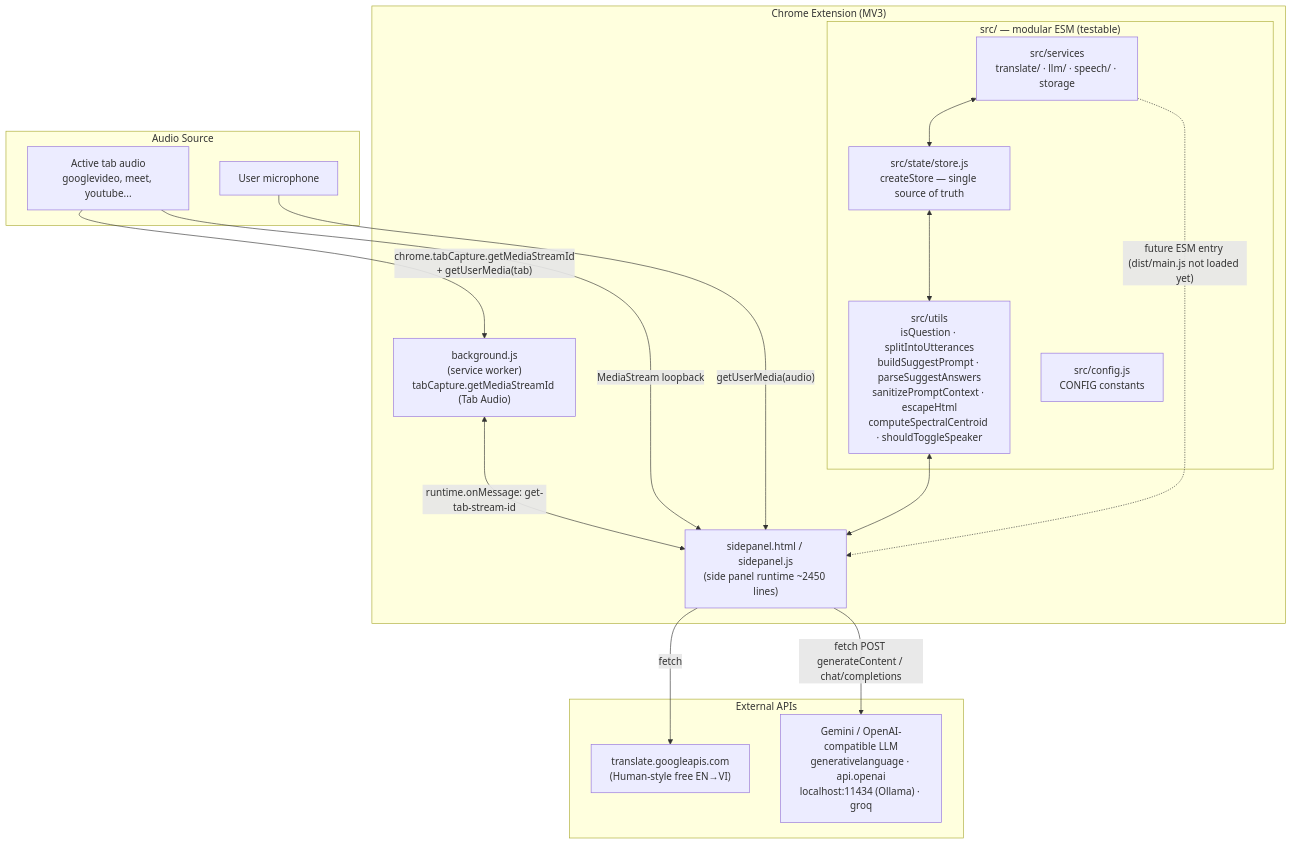
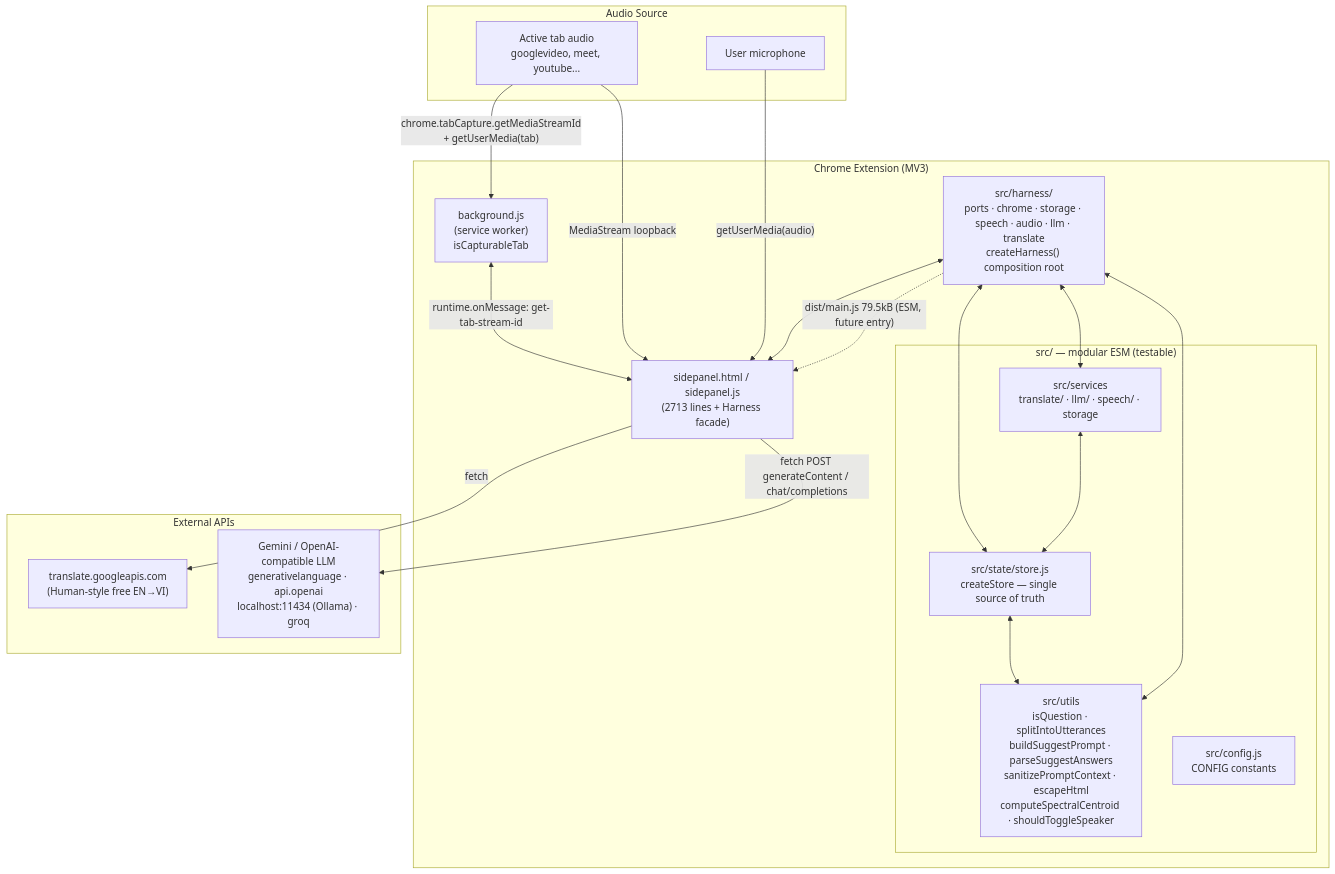
One commit to nbhson/app-live-translate-extension changed the first of 9 diagrams in README.md. Above: the diagram before and after it, drawn with Mermaid. The commit also changed other lines of this file and 28 other files, not shown here.

````diff
--- a/README.md
+++ b/README.md
@@ -13,34 +13,37 @@
 ```mermaid
 flowchart TB
     subgraph Extension["Chrome Extension (MV3)"]
-        BG["background.js<br/>(service worker)<br/>tabCapture.getMediaStreamId (Tab Audio)"]
-        SP["sidepanel.html / sidepanel.js<br/>(side panel runtime ~2450 lines)"]
-
+        BG["background.js<br/>(service worker)<br/>isCapturableTab"]
+        SP["sidepanel.html / sidepanel.js<br/>(2713 lines + Harness facade)"]
+        HARNESS["src/harness/<br/>ports · chrome · storage · speech · audio · llm · translate<br/>createHarness() composition root"]
         subgraph Modules["src/ — modular ESM (testable)"]
             UTILS["src/utils<br/>isQuestion · splitIntoUtterances<br/>buildSuggestPrompt · parseSuggestAnswers<br/>sanitizePromptContext · escapeHtml<br/>computeSpectralCentroid · shouldToggleSpeaker"]
             SRV["src/services<br/>translate/ · llm/ · speech/ · storage"]
             STORE["src/state/store.js<br/>createStore — single source of truth"]
             CFG["src/config.js<br/>CONFIG constants"]
         end
     end
 
     subgraph AudioFeed["Audio Source"]
         TAB["Active tab audio<br/>googlevideo, meet, youtube..."]
         MIC["User microphone"]
     end
 
     subgraph External["External APIs"]
         GOOG["translate.googleapis.com<br/>(Human-style free EN→VI)"]
         LLM["Gemini / OpenAI-compatible LLM<br/>generativelanguage · api.openai<br/>localhost:11434 (Ollama) · groq"]
     end
 
     BG <-->|"runtime.onMessage: get-tab-stream-id"| SP
     TAB -->|"chrome.tabCapture.getMediaStreamId<br/>+ getUserMedia(tab)"| BG
     TAB -->|"MediaStream loopback"| SP
     MIC -->|"getUserMedia(audio)"| SP
     SP -->|"fetch"| GOOG
     SP -->|"fetch POST generateContent / chat/completions"| LLM
-    UTILS <--> SP
+    HARNESS <--> SP
+    HARNESS <--> SRV
+    HARNESS <--> STORE
+    UTILS <--> HARNESS
     SRV <--> STORE <--> UTILS
-    SRV -.->|"future ESM entry (dist/main.js not loaded yet)"| SP
+    HARNESS -.->|"dist/main.js 79.5kB (ESM, future entry)"| SP
 ```
````
